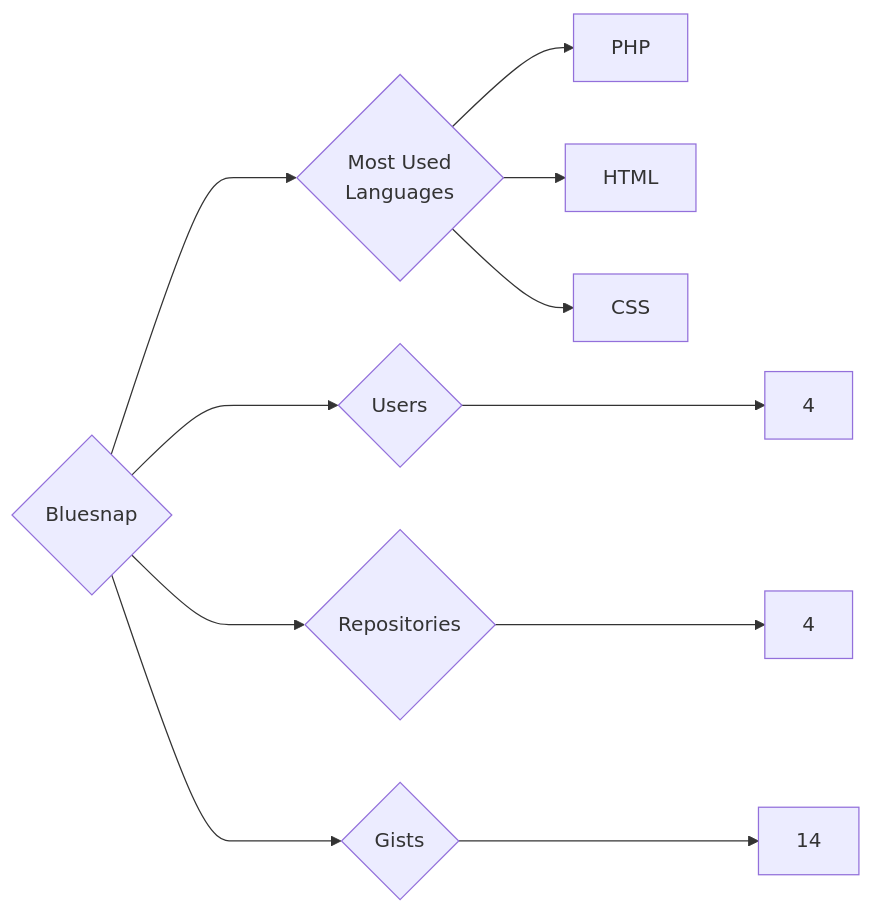
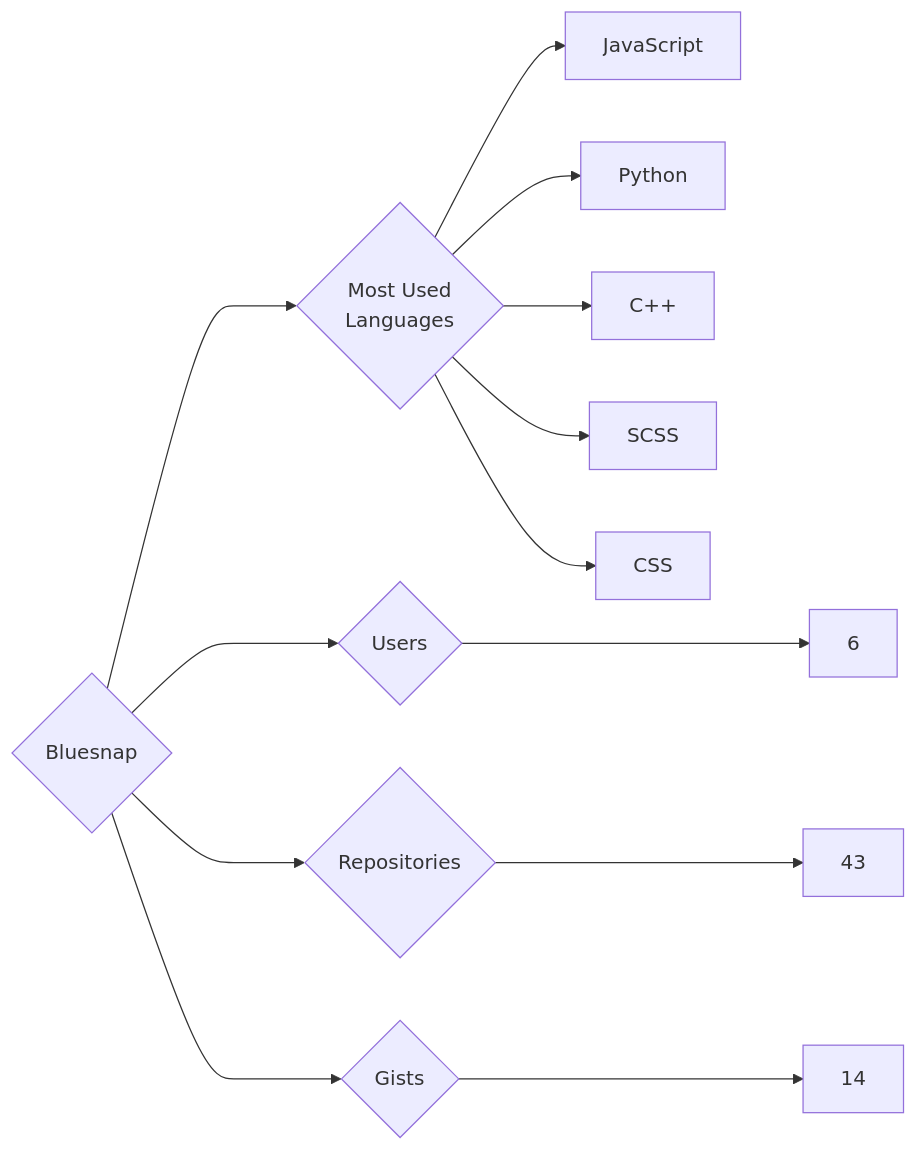
The diagram in targets/Bluesnap/README.md (trickest/insiders), drawn with Mermaid before and after one commit. The commit also changed 721 other files, not shown here.

````diff
--- a/targets/Bluesnap/README.md
+++ b/targets/Bluesnap/README.md
@@ -3,11 +3,13 @@
 ```mermaid
 graph LR
 COMPANY_NAME{Bluesnap}
-COMPANY_NAME ---> U{Users} ---> UN[4]
-COMPANY_NAME ---> R{Repositories} ---> RN[4]
+COMPANY_NAME ---> U{Users} ---> UN[6]
+COMPANY_NAME ---> R{Repositories} ---> RN[43]
 COMPANY_NAME ---> G{Gists} ---> GN[14]
 COMPANY_NAME ---> ML{Most Used<br>Languages}
-ML --> PHP[PHP]
-ML --> HTML[HTML]
+ML --> JavaScript[JavaScript]
+ML --> Python[Python]
+ML --> C++[C++]
+ML --> SCSS[SCSS]
 ML --> CSS[CSS]
 ```
````
